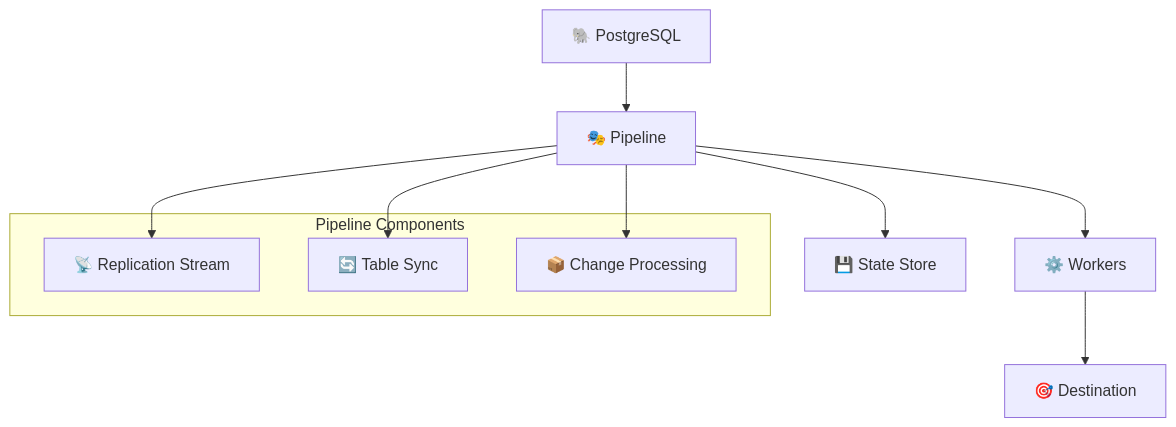
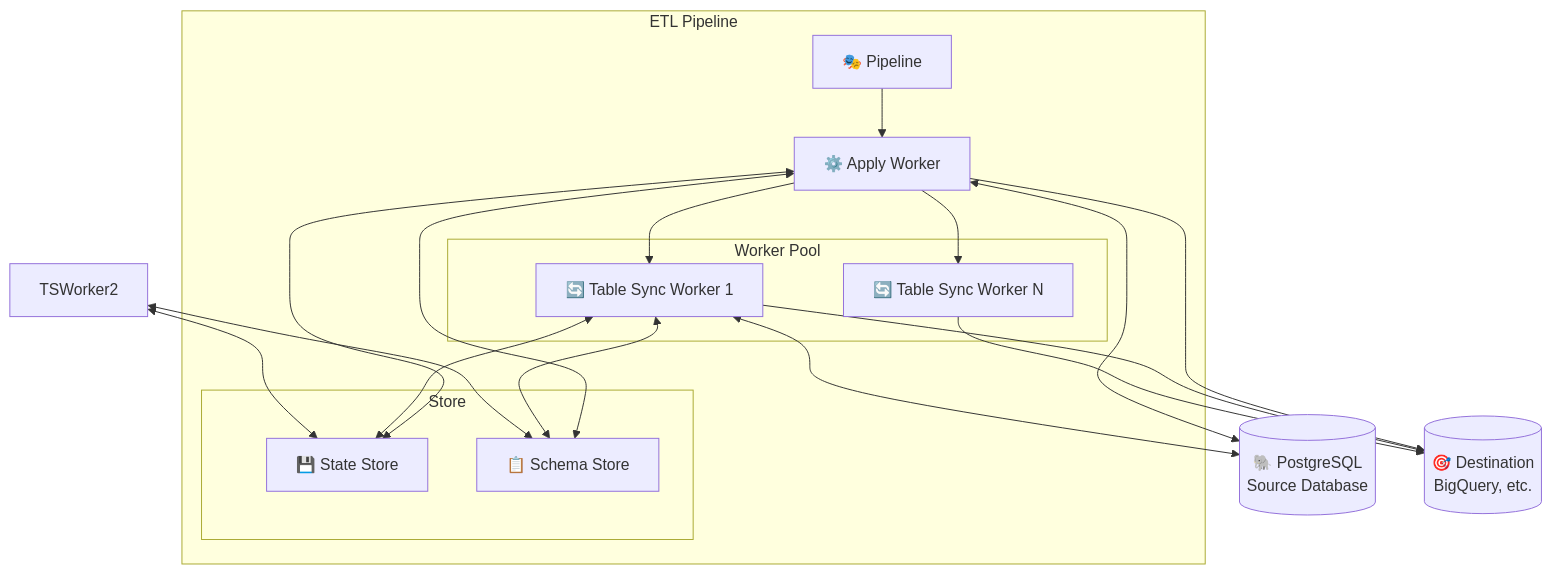
Before and after one commit to supabase/etl: the diagram in etl/README.md, drawn with Mermaid. The commit also changed other lines of this file, not shown here.

````diff
--- a/etl/README.md
+++ b/etl/README.md
@@ -17,17 +29,43 @@
 ```mermaid
-graph TB
-    PostgreSQL["🐘 PostgreSQL"] --> Pipeline["🎭 Pipeline"]
-    Pipeline --> Workers["⚙️ Workers"]
-    Pipeline --> State["💾 State Store"]
-    Workers --> Destination["🎯 Destination"]
+graph TB    
+    subgraph "ETL Pipeline"
+        Pipeline["🎭 Pipeline"]
+        
+        ApplyWorker["⚙️ Apply Worker"]
+
+        subgraph "Worker Pool"
+            TSWorker1["🔄 Table Sync Worker 1"]
+            TSWorkerN["🔄 Table Sync Worker N"]
+        end
+        
+        subgraph "Store"
+            StateStore["💾 State Store"]
+            SchemaStore["📋 Schema Store"]
+        end
+    end
+
+    PG[("🐘 PostgreSQL<br/>Source Database")]
     
-    subgraph "Pipeline Components"
-        ReplicationStream["📡 Replication Stream"]
-        TableSync["🔄 Table Sync"]
-        CDC["📦 Change Processing"]
-    end
+    Destination[("🎯 Destination<br/>BigQuery, etc.")]
     
-    Pipeline --> ReplicationStream
-    Pipeline --> TableSync  
-    Pipeline --> CDC
+    Pipeline --> ApplyWorker
+    
+    ApplyWorker --> TSWorker1
+    ApplyWorker --> TSWorkerN
+    
+    ApplyWorker --> Destination
+    TSWorker1 --> Destination
+    TSWorkerN --> Destination
+
+    ApplyWorker <--> PG
+    TSWorker1 <--> PG
+
+    ApplyWorker <--> StateStore
+    ApplyWorker <--> SchemaStore
+
+    TSWorker1 <--> StateStore
+    TSWorker1 <--> SchemaStore
+
+    TSWorker2 <--> StateStore
+    TSWorker2 <--> SchemaStore
 ```
````
